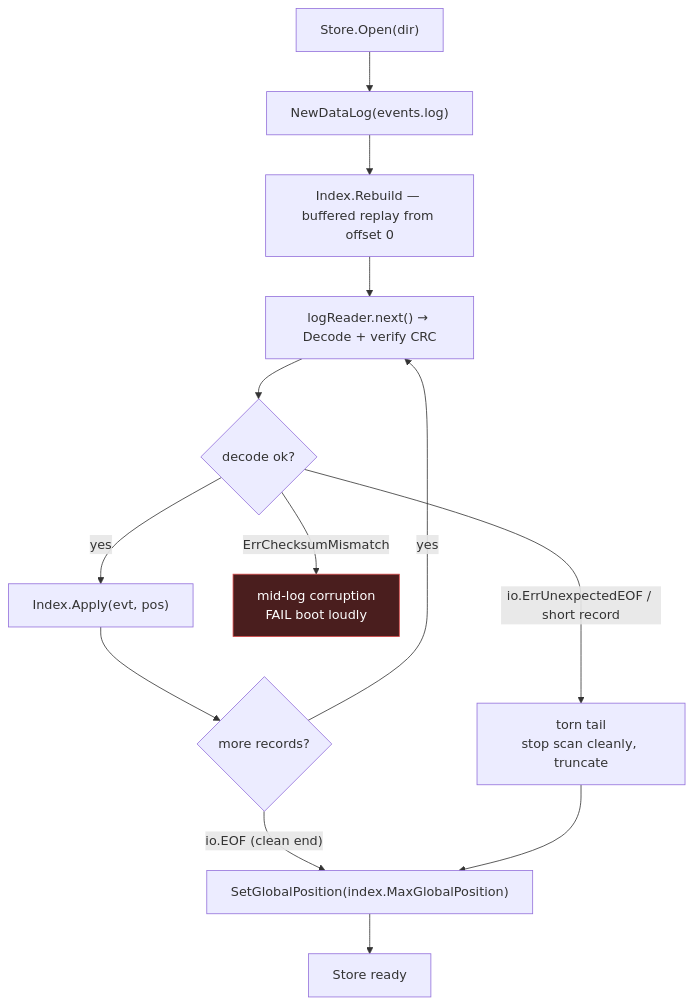
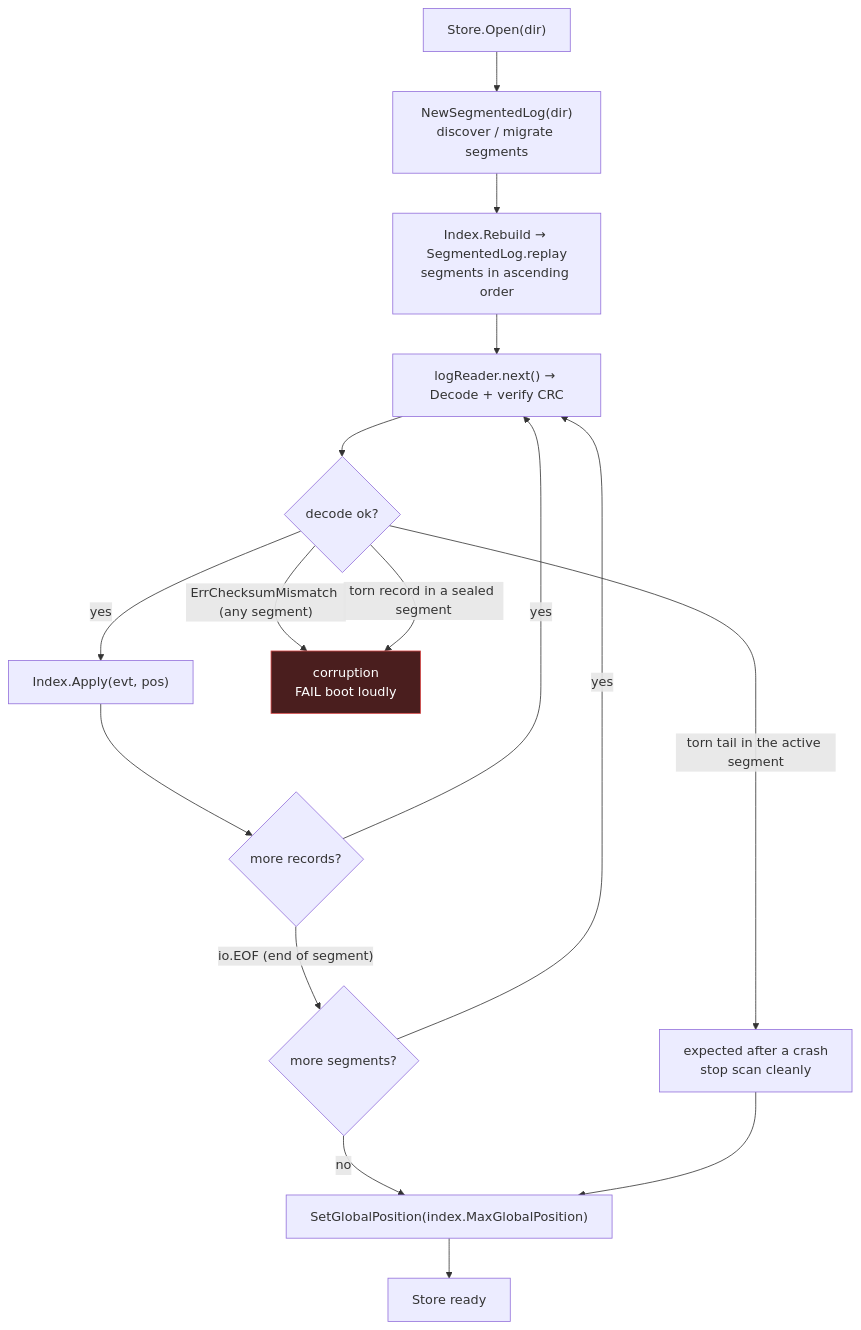
The fourth of 6 diagrams in doc/architecture.md (leow93/eventstore), drawn with Mermaid before and after one commit. The commit also changed other lines of this file and 13 other files, not shown here.

````diff
--- a/doc/architecture.md
+++ b/doc/architecture.md
@@ -147,18 +150,21 @@
 ```mermaid
 flowchart TB
-    open["Store.Open(dir)"] --> newlog["NewDataLog(events.log)"]
-    newlog --> rebuild["Index.Rebuild — buffered replay from offset 0"]
+    open["Store.Open(dir)"] --> newlog["NewSegmentedLog(dir)<br/>discover / migrate segments"]
+    newlog --> rebuild["Index.Rebuild → SegmentedLog.replay<br/>segments in ascending order"]
     rebuild --> read["logReader.next() → Decode + verify CRC"]
     read --> ok{"decode ok?"}
     ok -->|"yes"| apply["Index.Apply(evt, pos)"]
     apply --> more{"more records?"}
     more -->|"yes"| read
-    more -->|"io.EOF (clean end)"| seed
-    ok -->|"ErrChecksumMismatch"| corrupt["mid-log corruption<br/>FAIL boot loudly"]
-    ok -->|"io.ErrUnexpectedEOF / short record"| torn["torn tail<br/>stop scan cleanly, truncate"]
+    more -->|"io.EOF (end of segment)"| nextseg{"more segments?"}
+    nextseg -->|"yes"| read
+    nextseg -->|"no"| seed
+    ok -->|"ErrChecksumMismatch (any segment)"| corrupt["corruption<br/>FAIL boot loudly"]
+    ok -->|"torn record in a sealed segment"| corrupt
+    ok -->|"torn tail in the active segment"| torn["expected after a crash<br/>stop scan cleanly"]
     torn --> seed
     seed["SetGlobalPosition(index.MaxGlobalPosition)"] --> ready["Store ready"]
 
     classDef bad fill:#4a1e1e,stroke:#d94a4a,color:#fff
     class corrupt bad
 ```
````
